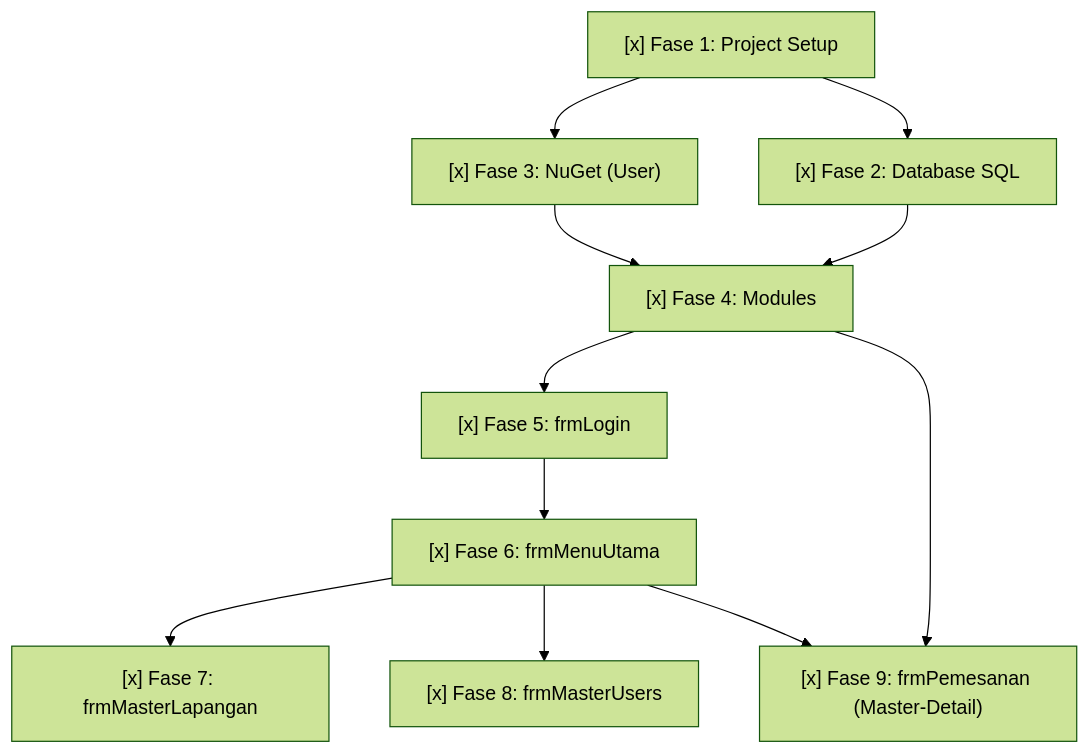
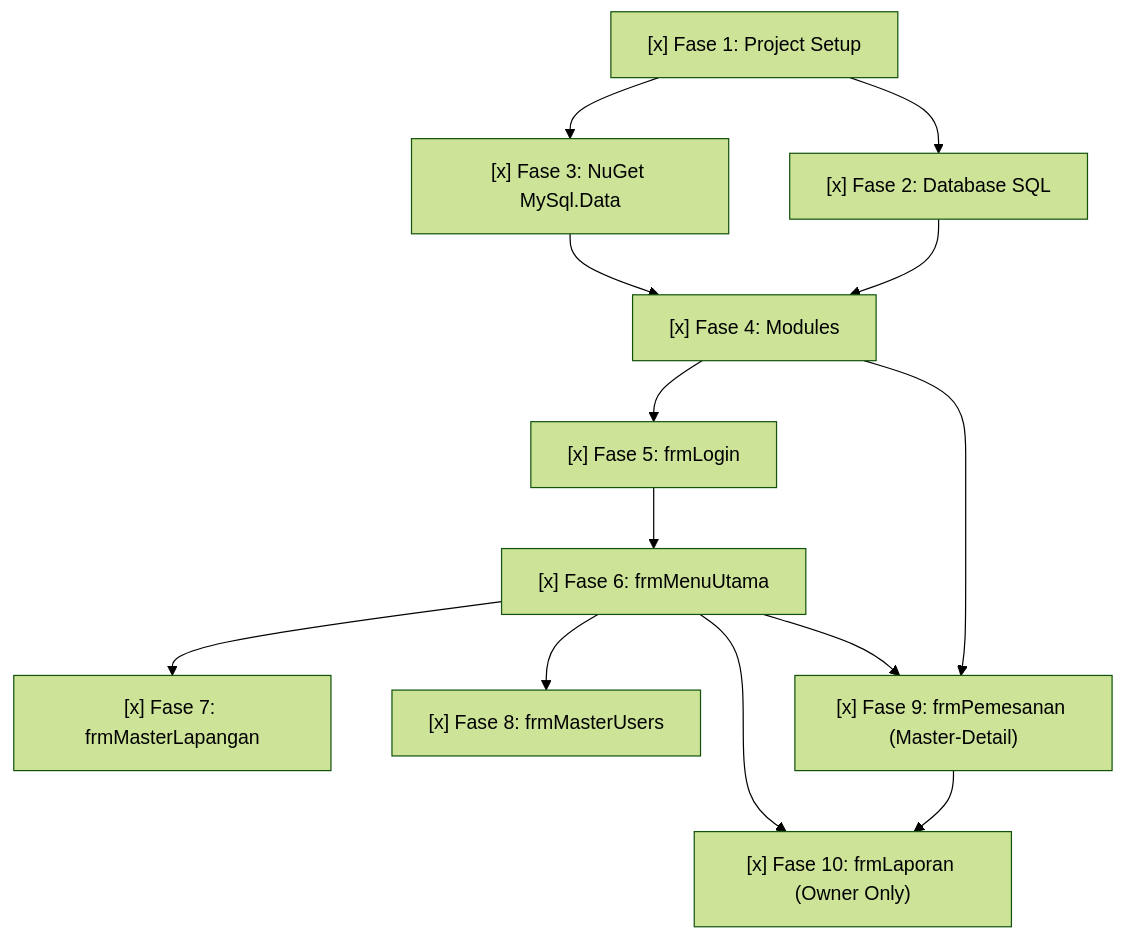
Before and after one commit to Alfar0nt/SIPELA-Sistem-Informasi-Pemesanan-Arung-Futsal: the diagram in .ai/IMPLEMENTATION-PLAN.md, drawn with Mermaid (forest theme). The commit also changed other lines of this file and 16 other files, not shown here.

Commit message:
feat(week12): implement owner-only reporting form, CSV export, PDF print preview, MySQL 8 fix, and updated docs

````diff
--- a/.ai/IMPLEMENTATION-PLAN.md
+++ b/.ai/IMPLEMENTATION-PLAN.md
@@ -183,13 +202,15 @@
 ```mermaid
 flowchart TD
     P1["[x] Fase 1: Project Setup"] --> P2["[x] Fase 2: Database SQL"]
-    P1 --> P3["[x] Fase 3: NuGet (User)"]
+    P1 --> P3["[x] Fase 3: NuGet MySql.Data"]
     P3 --> P4["[x] Fase 4: Modules"]
     P2 --> P4
     P4 --> P5["[x] Fase 5: frmLogin"]
     P5 --> P6["[x] Fase 6: frmMenuUtama"]
     P6 --> P7["[x] Fase 7: frmMasterLapangan"]
     P6 --> P8["[x] Fase 8: frmMasterUsers"]
     P6 --> P9["[x] Fase 9: frmPemesanan (Master-Detail)"]
     P4 --> P9
+    P6 --> P10["[x] Fase 10: frmLaporan (Owner Only)"]
+    P9 --> P10
 ```
````
